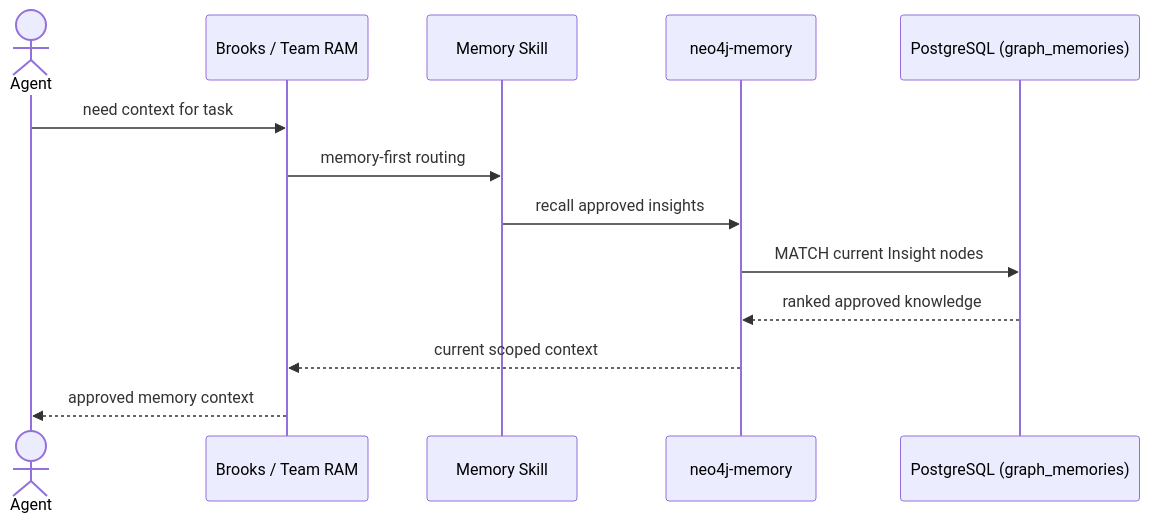
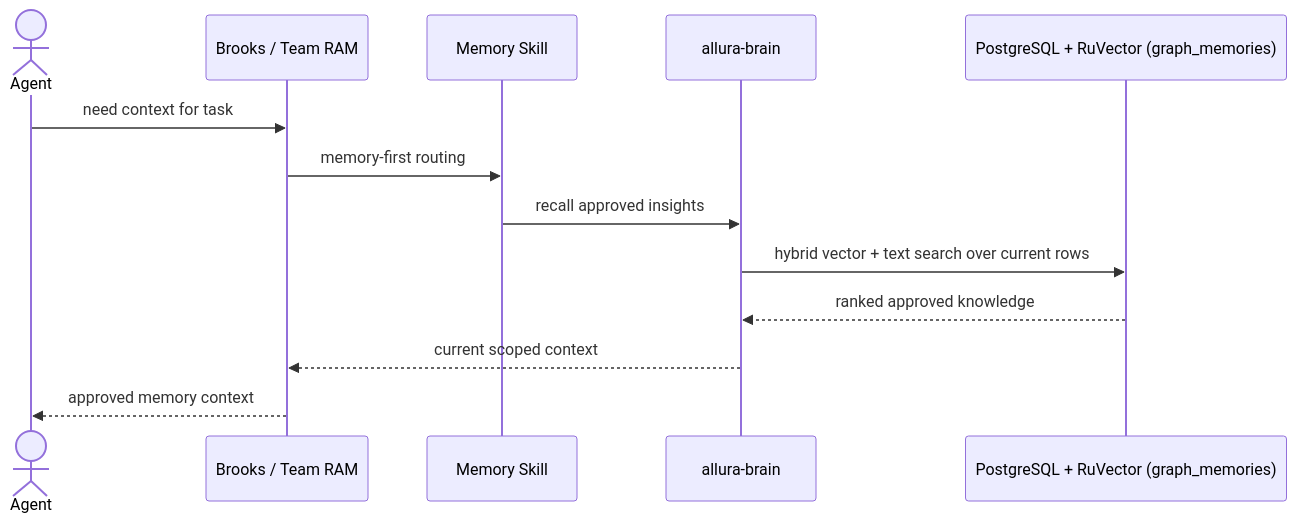
One commit to Allura-Ecosystem/Allura_Memory changed the second of 9 diagrams in docs/allura/SOLUTION-ARCHITECTURE.md. Above: the diagram before and after it, drawn with Mermaid. The commit also changed other lines of this file and 414 other files, not shown here.

First line of the commit message:
chore: remove the retired graph backend from active Allura surfaces

````diff
--- a/docs/allura/SOLUTION-ARCHITECTURE.md
+++ b/docs/allura/SOLUTION-ARCHITECTURE.md
@@ -95,16 +92,16 @@
 ```mermaid
 sequenceDiagram
     actor Agent
     participant Brooks as Brooks / Team RAM
     participant Skill as Memory Skill
-    participant Memory as neo4j-memory
-    participant N4J as PostgreSQL (graph_memories)
+    participant Memory as allura-brain
+    participant Sem as PostgreSQL + RuVector (graph_memories)
 
     Agent->>Brooks: need context for task
     Brooks->>Skill: memory-first routing
     Skill->>Memory: recall approved insights
-    Memory->>N4J: MATCH current Insight nodes
-    N4J-->>Memory: ranked approved knowledge
+    Memory->>Sem: hybrid vector + text search over current rows
+    Sem-->>Memory: ranked approved knowledge
     Memory-->>Brooks: current scoped context
     Brooks-->>Agent: approved memory context
 ```
````
